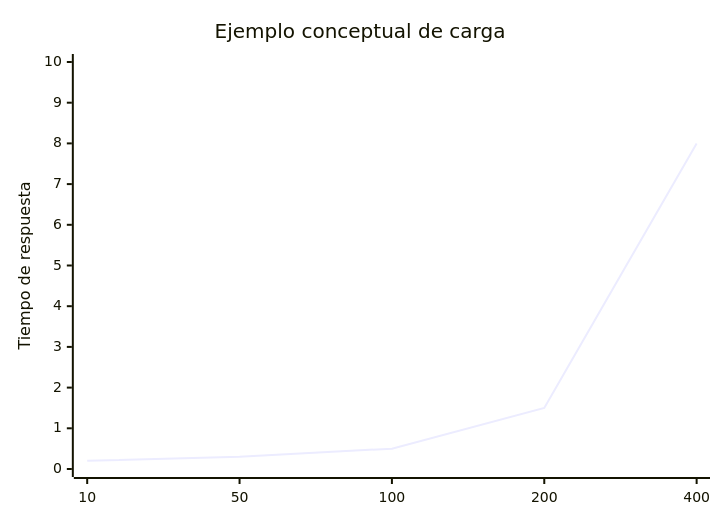
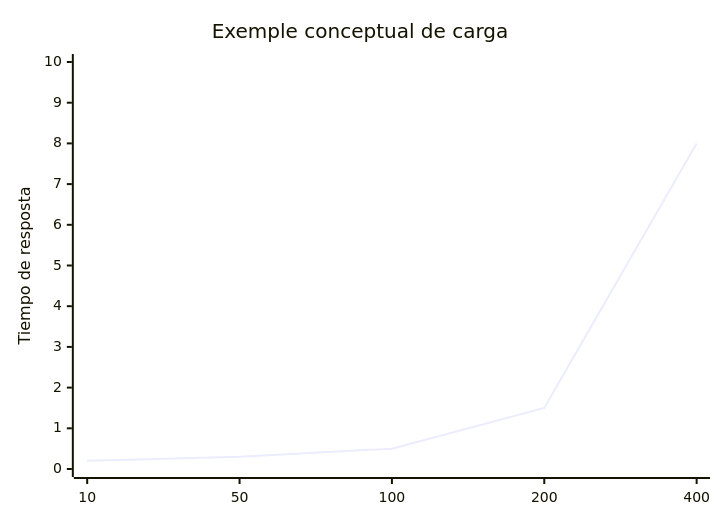
The fourth of 6 diagrams in docs/daw-daw/up3/07-pruebas-rendimiento.md (jordicido/jordicina), drawn with Mermaid before and after one commit. The commit also changed other lines of this file and 10 other files, not shown here.

````diff
--- a/docs/daw-daw/up3/07-pruebas-rendimiento.md
+++ b/docs/daw-daw/up3/07-pruebas-rendimiento.md
@@ -266,7 +266,7 @@
 ```mermaid
 xychart-beta
-    title "Ejemplo conceptual de carga"
+    title "Exemple conceptual de carga"
     x-axis ["10", "50", "100", "200", "400"]
-    y-axis "Tiempo de respuesta" 0 --> 10
+    y-axis "Tiempo de resposta" 0 --> 10
     line [0.2, 0.3, 0.5, 1.5, 8]
 ```
````
